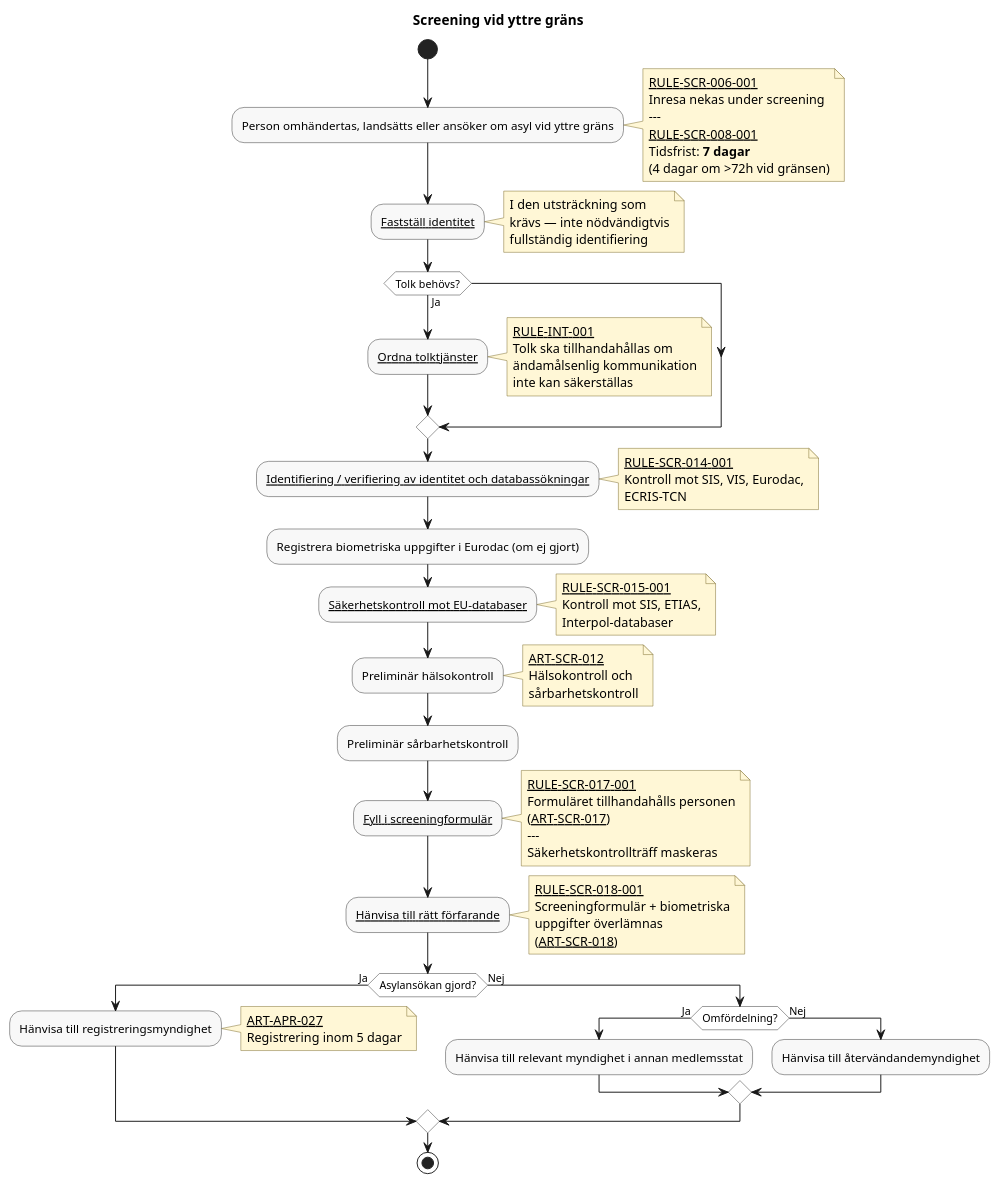
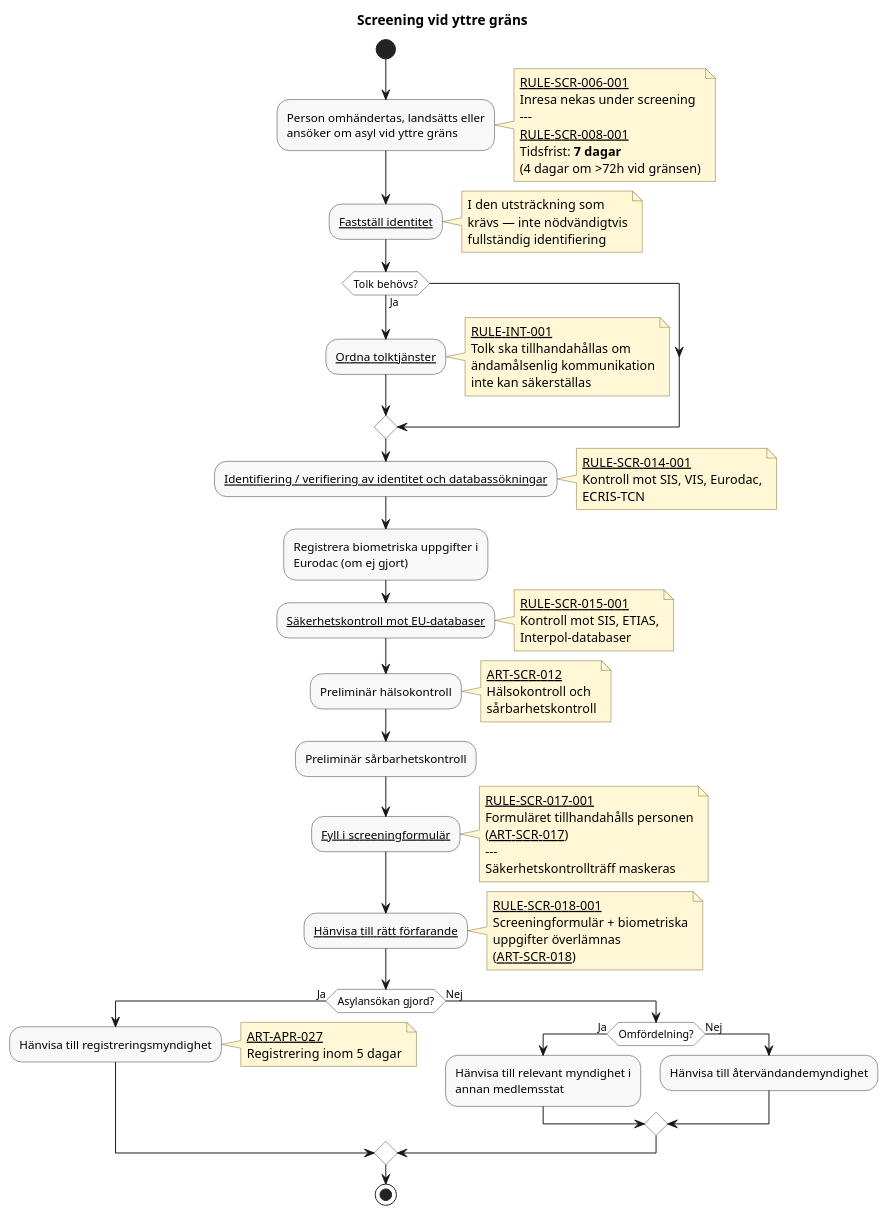
Before and after one commit to chrhe894/migration_pact: the diagram in docs/domains/screening/diagrams/screening-at-external-border.pu, drawn with PlantUML. The commit also changed 14 other files, not shown here.

Commit message:
Less wide diagrams

```diff
--- a/docs/domains/screening/diagrams/screening-at-external-border.pu
+++ b/docs/domains/screening/diagrams/screening-at-external-border.pu
@@ -18,117 +18,117 @@
 @startuml screening-at-external-border
 
 title Screening vid yttre gräns
 
 skinparam shadowing false
 skinparam HyperlinkColor Black
 skinparam HyperlinkUnderline true
 skinparam defaultFontName Arial
 skinparam activity {
   BackgroundColor #F8F8F8
   BorderColor #333333
   DiamondBackgroundColor #FFFFFF
   DiamondBorderColor #333333
 }
 skinparam note {
   BackgroundColor #FFF7D6
   BorderColor #7A6A2A
 }
 
 start
 
-:Person omhändertas, landsätts eller ansöker om asyl vid yttre gräns;
+:Person omhändertas, landsätts eller\nansöker om asyl vid yttre gräns;
 note right
   [[../rules/rule-scr-006-001.md RULE-SCR-006-001]]
   Inresa nekas under screening
   ---
   [[../rules/rule-scr-008-001.md RULE-SCR-008-001]]
   Tidsfrist: **7 dagar**
   (4 dagar om >72h vid gränsen)
 end note
 
 :[[../../../shared/identity/activities/verify-identity.md Fastställ identitet]];
 note right
   I den utsträckning som
   krävs — inte nödvändigtvis
   fullständig identifiering
 end note
 
 if (Tolk behövs?) then (Ja)
 
     :[[../../../shared/interpreters/activities/determine-interpreter-needs.md Ordna tolktjänster]];
     note right
       [[../../../shared/interpreters/rules/rule-int-001.md RULE-INT-001]]
       Tolk ska tillhandahållas om
       ändamålsenlig kommunikation
       inte kan säkerställas
     end note
 
 endif
 
 :[[../rules/rule-scr-014-001.md Identifiering / verifiering av identitet och databassökningar]];
 note right
   [[../rules/rule-scr-014-001.md RULE-SCR-014-001]]
   Kontroll mot SIS, VIS, Eurodac,
   ECRIS-TCN
 end note
 
-:Registrera biometriska uppgifter i Eurodac (om ej gjort);
+:Registrera biometriska uppgifter i\nEurodac (om ej gjort);
 
 :[[../rules/rule-scr-015-001.md Säkerhetskontroll mot EU-databaser]];
 note right
   [[../rules/rule-scr-015-001.md RULE-SCR-015-001]]
   Kontroll mot SIS, ETIAS,
   Interpol-databaser
 end note
 
 :Preliminär hälsokontroll;
 note right
   [[../articles/scr-012.md ART-SCR-012]]
   Hälsokontroll och
   sårbarhetskontroll
 end note
 
 :Preliminär sårbarhetskontroll;
 
 :[[../rules/rule-scr-017-001.md Fyll i screeningformulär]];
 note right
   [[../rules/rule-scr-017-001.md RULE-SCR-017-001]]
   Formuläret tillhandahålls personen
   ([[../articles/scr-017.md ART-SCR-017]])
   ---
   Säkerhetskontrollträff maskeras
 end note
 
 :[[../rules/rule-scr-018-001.md Hänvisa till rätt förfarande]];
 note right
   [[../rules/rule-scr-018-001.md RULE-SCR-018-001]]
   Screeningformulär + biometriska
   uppgifter överlämnas
   ([[../articles/scr-018.md ART-SCR-018]])
 end note
 
 if (Asylansökan gjord?) then (Ja)
 
     :Hänvisa till registreringsmyndighet;
     note right
       [[../../../domains/registration/articles/apr-027.md ART-APR-027]]
       Registrering inom 5 dagar
     end note
 
 else (Nej)
 
     if (Omfördelning?) then (Ja)
 
-        :Hänvisa till relevant myndighet i annan medlemsstat;
+        :Hänvisa till relevant myndighet i\nannan medlemsstat;
 
     else (Nej)
 
         :Hänvisa till återvändandemyndighet;
 
     endif
 
 endif
 
 stop
 
 @enduml
```
